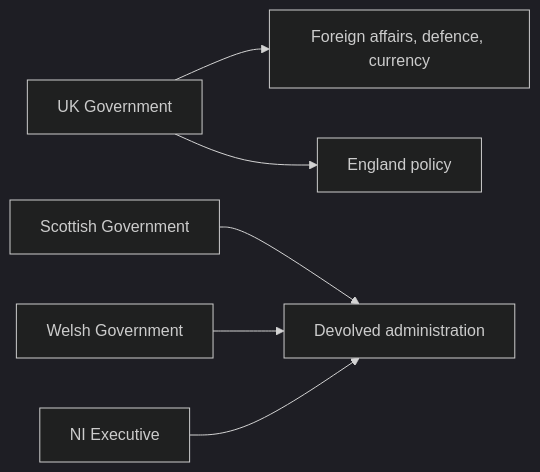
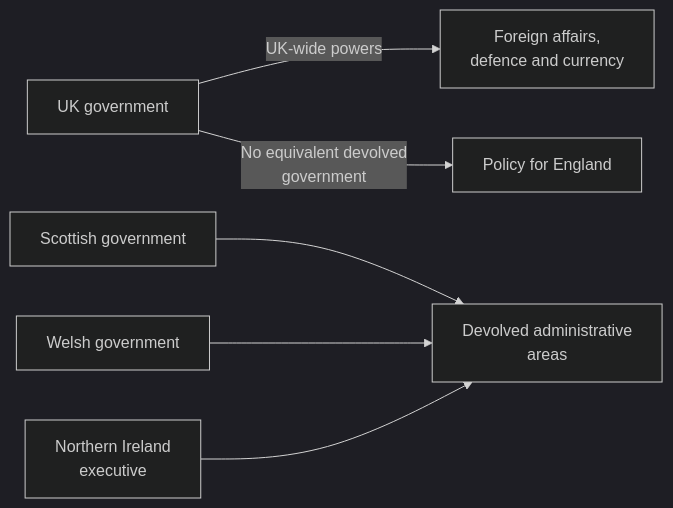
Before and after one commit to daylight55/research: the second of 2 diagrams in articles/report/uk-union-name-neighbours-current/en/index.mdx, drawn with Mermaid (dark theme). The commit also changed other lines of this file and 181 other files, not shown here.

First line of the commit message:
全記事の図解368点を再生成し、共通注意書きを削除 (#402)

````diff
--- a/articles/report/uk-union-name-neighbours-current/en/index.mdx
+++ b/articles/report/uk-union-name-neighbours-current/en/index.mdx
@@ -63,8 +66,17 @@
 ```mermaid
 flowchart LR
-  A["UK Government"] --> B["Foreign affairs, defence, currency"]
-  A --> C["England policy"]
-  D["Scottish Government"] --> E["Devolved administration"]
-  F["Welsh Government"] --> E
-  G["NI Executive"] --> E
+  accTitle: Distinguish UK and devolved government responsibilities
+  accDescr: Separate foreign affairs, defence and currency from devolved administration. England has no equivalent devolved government.
+  N0["UK government"]
+  N1["Foreign affairs,<br/>defence and currency"]
+  N2["Policy for England"]
+  N3["Scottish government"]
+  N4["Welsh government"]
+  N5["Northern Ireland<br/>executive"]
+  N6["Devolved administrative<br/>areas"]
+  N0 -->|UK-wide powers| N1
+  N0 -->|No equivalent devolved<br/>government| N2
+  N3 --> N6
+  N4 --> N6
+  N5 --> N6
 ```
````
